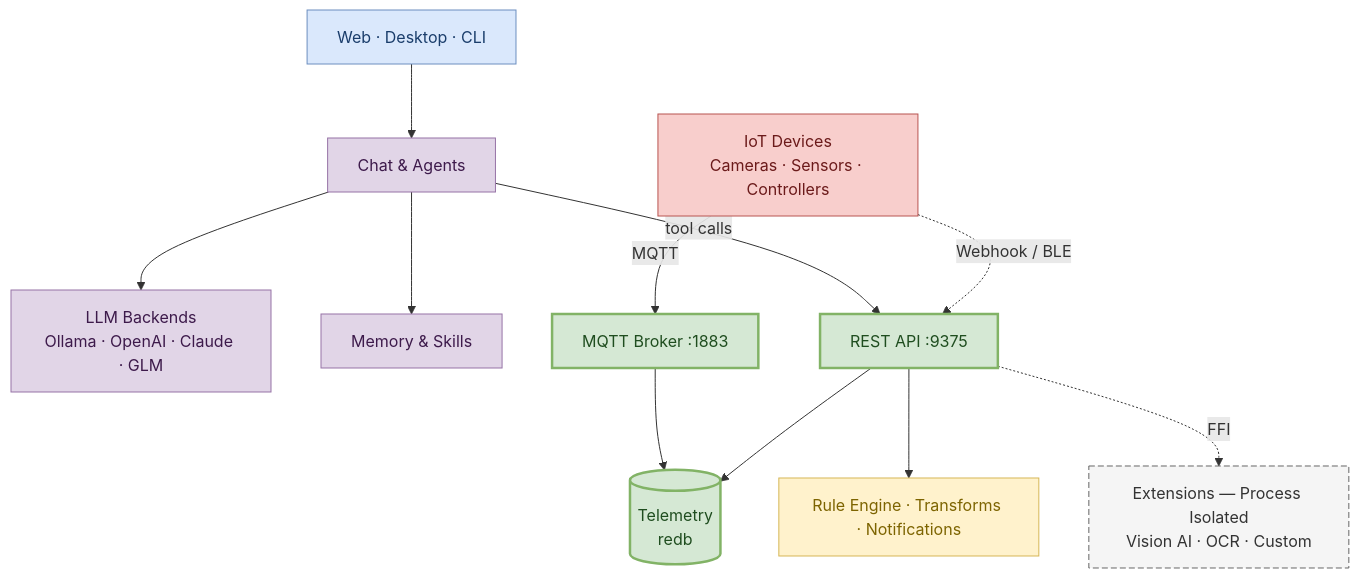
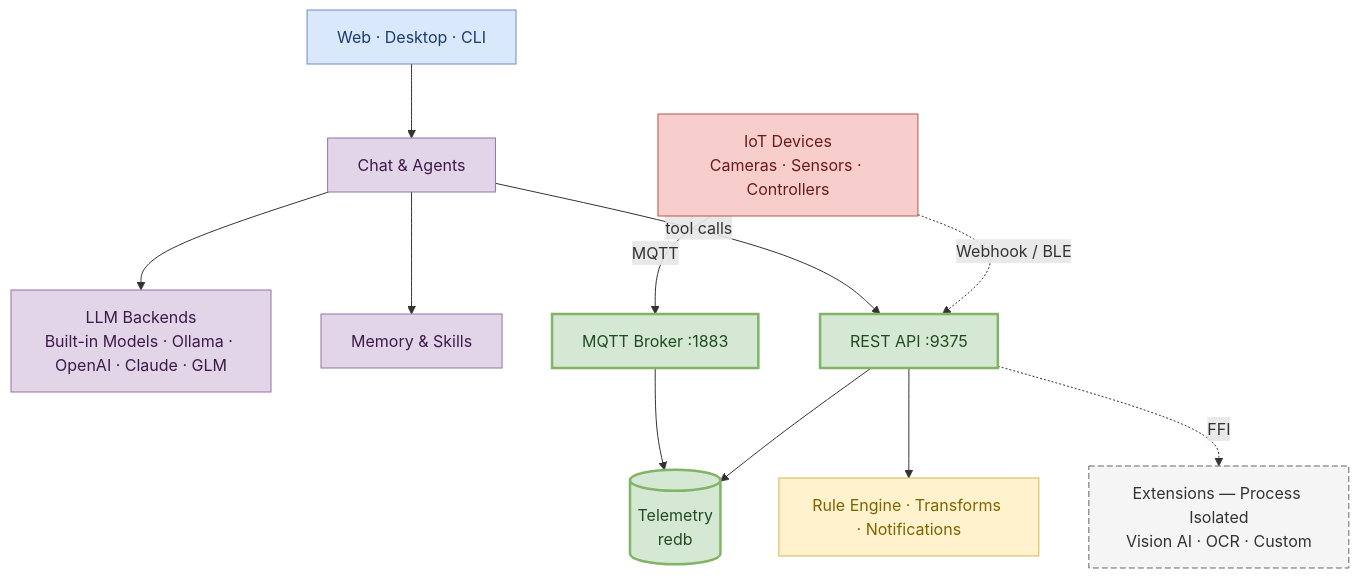
One commit to camthink-ai/wiki-documents changed the diagram in i18n/en/docusaurus-plugin-content-docs/current/0-neomind/product-overview/1-what-is-neomind.md. Above: the diagram before and after it, drawn with Mermaid. The commit also changed other lines of this file and 33 other files, not shown here.

````diff
--- a/i18n/en/docusaurus-plugin-content-docs/current/0-neomind/product-overview/1-what-is-neomind.md
+++ b/i18n/en/docusaurus-plugin-content-docs/current/0-neomind/product-overview/1-what-is-neomind.md
@@ -33,43 +33,43 @@
 ```mermaid
 flowchart TB
     CLIENT["Web · Desktop · CLI"]
     CHAT["Chat & Agents"]
-    LLM["LLM Backends<br/>Ollama · OpenAI · Claude · GLM"]
+    LLM["LLM Backends<br/>Built-in Models · Ollama · OpenAI · Claude · GLM"]
     MEM["Memory & Skills"]
 
     API["REST API :9375"]
     MQTT["MQTT Broker :1883"]
     STORE[("Telemetry<br/>redb")]
     AUTO["Rule Engine · Transforms · Notifications"]
 
     EXT["Extensions — Process Isolated<br/>Vision AI · OCR · Custom"]
     DEV["IoT Devices<br/>Cameras · Sensors · Controllers"]
 
     CLIENT --> CHAT
     CHAT --> LLM
     CHAT --> MEM
     CHAT -->|tool calls| API
 
     DEV -->|MQTT| MQTT
     DEV -.->|Webhook / BLE| API
 
     MQTT --> STORE
     API --> STORE
     API --> AUTO
 
     API -.->|FFI| EXT
 
     classDef clientNode fill:#dae8fc,stroke:#6c8ebf,color:#1a3d6b
     classDef aiNode fill:#e1d5e7,stroke:#9673a6,color:#3d1a4b
     classDef coreNode fill:#d5e8d4,stroke:#82b366,stroke-width:2.5px,color:#1f4d1f
     classDef autoNode fill:#fff2cc,stroke:#d6b656,color:#7d6400
     classDef extNode fill:#f5f5f5,stroke:#666,stroke-dasharray:6 3,color:#333
     classDef devNode fill:#f8cecc,stroke:#b85450,color:#6b1a1a
 
     class CLIENT clientNode
     class CHAT,LLM,MEM aiNode
     class API,MQTT,STORE coreNode
     class AUTO autoNode
     class EXT extNode
     class DEV devNode
 ```
````
